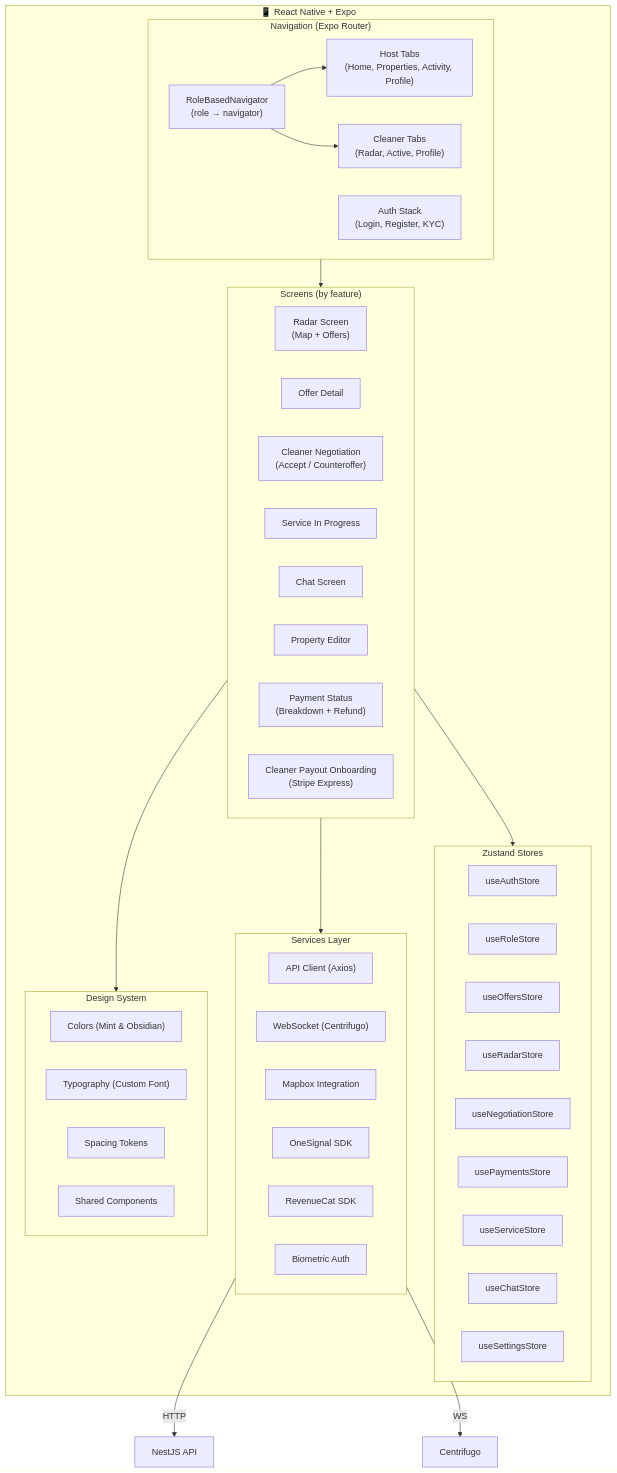
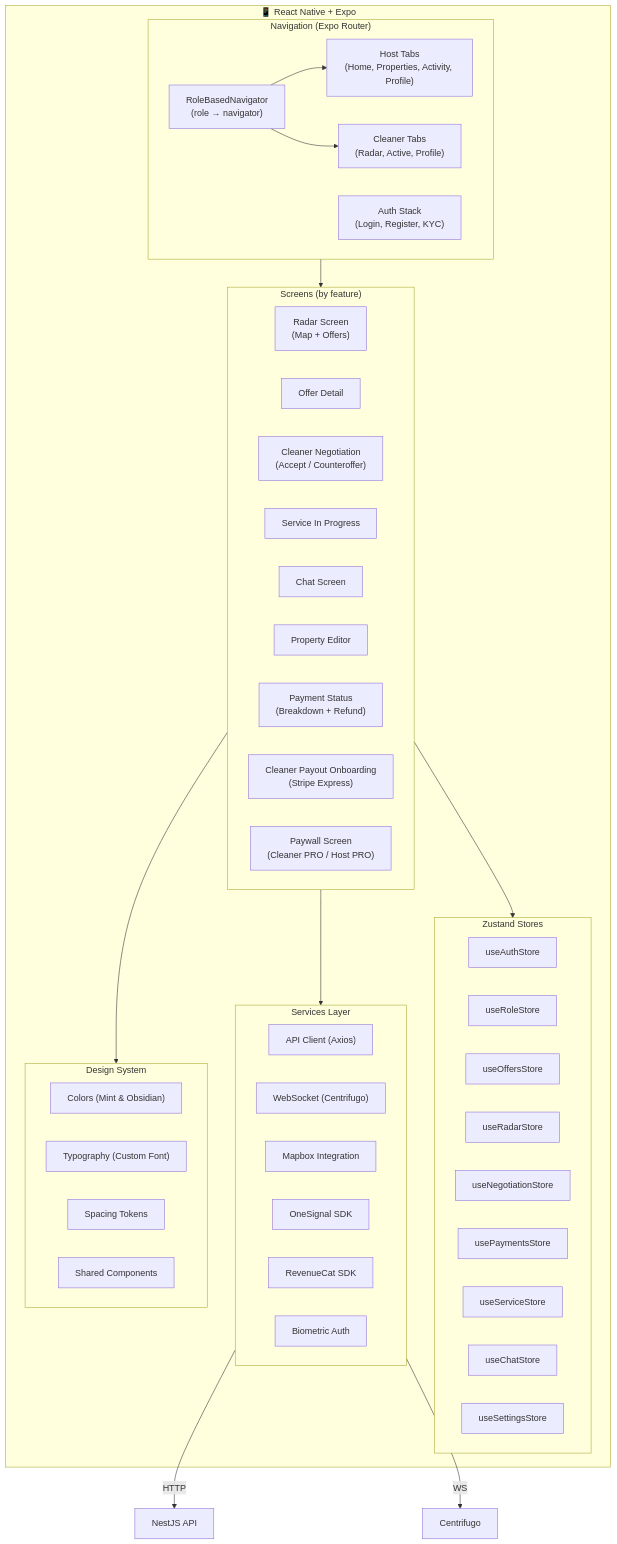
Before and after one commit to Sebastiandg007/bidclean: the second of 12 diagrams in docs/ARCHITECTURE.md, drawn with Mermaid. The commit also changed 9 other files, not shown here.

````diff
--- a/docs/ARCHITECTURE.md
+++ b/docs/ARCHITECTURE.md
@@ -96,59 +96,60 @@
 ```mermaid
 graph TB
     subgraph App["📱 React Native + Expo"]
         subgraph Navigation["Navigation (Expo Router)"]
             RoleRouter["RoleBasedNavigator<br/>(role → navigator)"]
             AuthStack["Auth Stack<br/>(Login, Register, KYC)"]
             HostTabs["Host Tabs<br/>(Home, Properties, Activity, Profile)"]
             CleanerTabs["Cleaner Tabs<br/>(Radar, Active, Profile)"]
         end
 
         subgraph Screens["Screens (by feature)"]
             Radar["Radar Screen<br/>(Map + Offers)"]
             OfferDetail["Offer Detail"]
             Negotiation["Cleaner Negotiation<br/>(Accept / Counteroffer)"]
             Service["Service In Progress"]
             Chat["Chat Screen"]
             PropertyEdit["Property Editor"]
             PaymentStatus["Payment Status<br/>(Breakdown + Refund)"]
             PayoutOnboarding["Cleaner Payout Onboarding<br/>(Stripe Express)"]
+            Paywall["Paywall Screen<br/>(Cleaner PRO / Host PRO)"]
         end
 
         subgraph Stores["Zustand Stores"]
             AuthStore["useAuthStore"]
             RoleStore["useRoleStore"]
             OffersStore["useOffersStore"]
             RadarStore["useRadarStore"]
             NegotiationStore["useNegotiationStore"]
             PaymentsStore["usePaymentsStore"]
             ServiceStore["useServiceStore"]
             ChatStore["useChatStore"]
             SettingsStore["useSettingsStore"]
         end
 
         subgraph Services["Services Layer"]
             APIService["API Client (Axios)"]
             SocketService["WebSocket (Centrifugo)"]
             MapService["Mapbox Integration"]
             NotifService["OneSignal SDK"]
             PurchaseService["RevenueCat SDK"]
             BiometricService["Biometric Auth"]
         end
 
         subgraph Theme["Design System"]
             Colors["Colors (Mint & Obsidian)"]
             Typography["Typography (Custom Font)"]
             Spacing["Spacing Tokens"]
             Components["Shared Components"]
         end
     end
 
     Navigation --> Screens
     RoleRouter --> HostTabs
     RoleRouter --> CleanerTabs
     Screens --> Stores
     Screens --> Services
     Screens --> Theme
     Services --> |"HTTP"| API["NestJS API"]
     Services --> |"WS"| WS["Centrifugo"]
 ```
````
